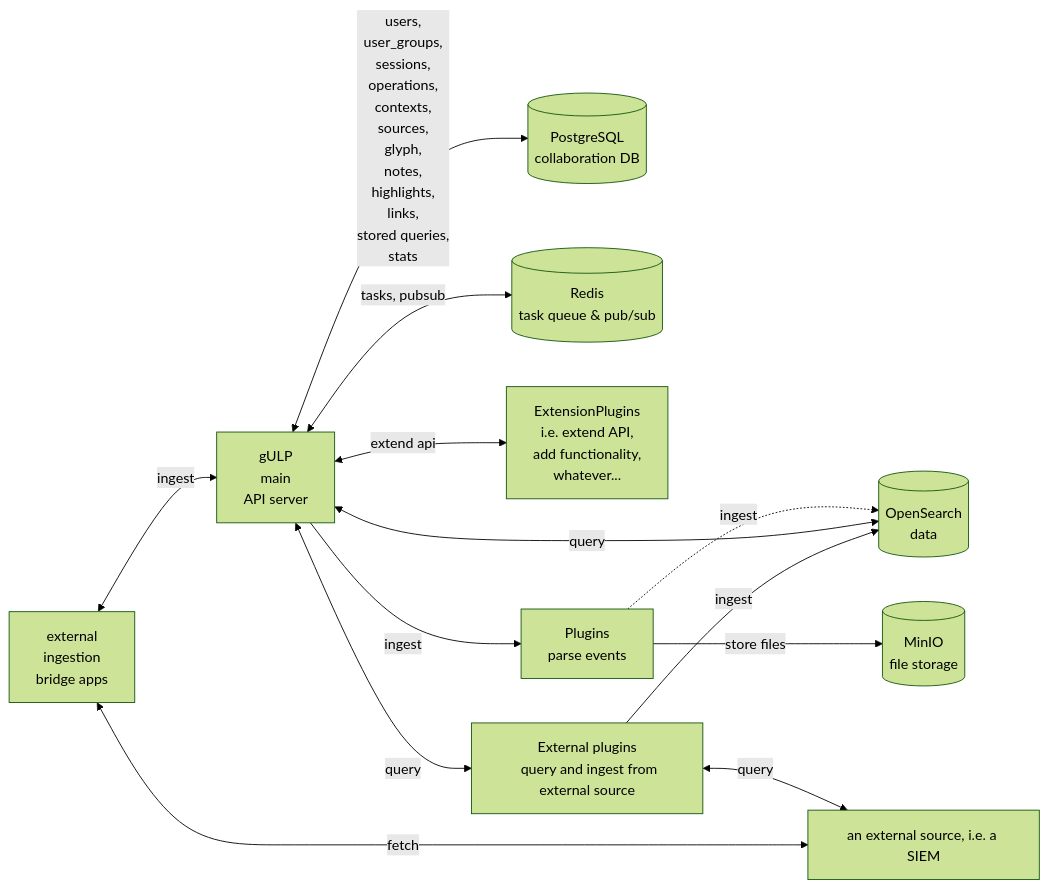
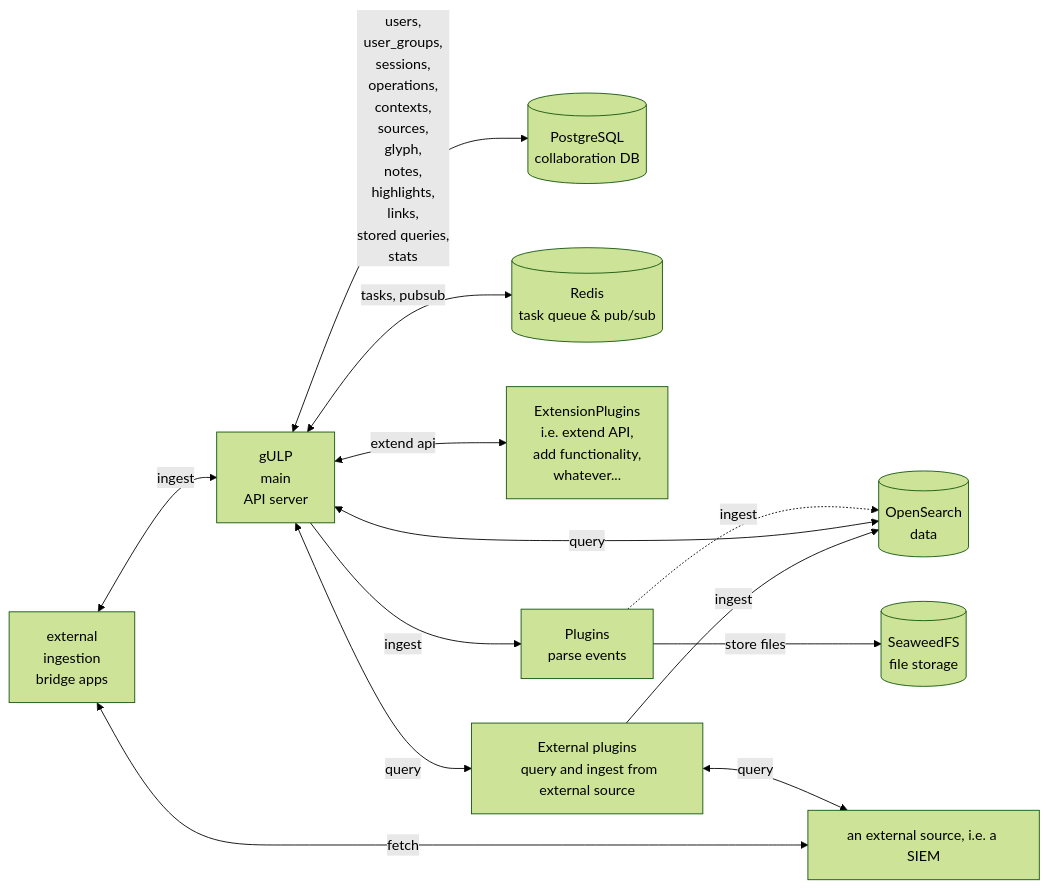
The first of 7 diagrams in docs/architecture.md (mentat-is/gulp), drawn with Mermaid (forest theme) before and after one commit. The commit also changed other lines of this file and 31 other files, not shown here.

````diff
--- a/docs/architecture.md
+++ b/docs/architecture.md
@@ -17,61 +17,61 @@
 ```mermaid
 flowchart LR
 gulp[gULP
   main
   API server]
 
 bridges[external 
 ingestion
   bridge apps]
 
 collab[(PostgreSQL
   collaboration DB)]
 
 redis[(Redis
   task queue & pub/sub)]
 
-minio[(MinIO
+seaweedfs[(SeaweedFS
   file storage
 )]
 extension_plugin[ExtensionPlugins
   i.e. extend API,
     add functionality,
     whatever...]
 
 plugin[Plugins
   parse events]
 
 external_plugin[External plugins
   query and ingest from external source]
 
 external_source[an external source, i.e. a SIEM]
 
 opensearch[(OpenSearch
   data)]
 
 gulp <-->|users,
   user_groups,
   sessions,
   operations,
   contexts,
   sources,
   glyph,
   notes,
   highlights,
   links,
   stored queries,
   stats
   | collab
 gulp <-->|tasks, pubsub| redis
 
 bridges<-->|ingest| gulp
 gulp <-->|extend api| extension_plugin
 gulp -->|ingest| plugin
 plugin-.ingest.->opensearch
-plugin -->|store files| minio
+plugin -->|store files| seaweedfs
 gulp<--query-->opensearch
 gulp<-->|query|external_plugin<-->|query|external_source
 external_plugin-->|ingest|opensearch
 bridges<-->|fetch| external_source
 
 ```
````
